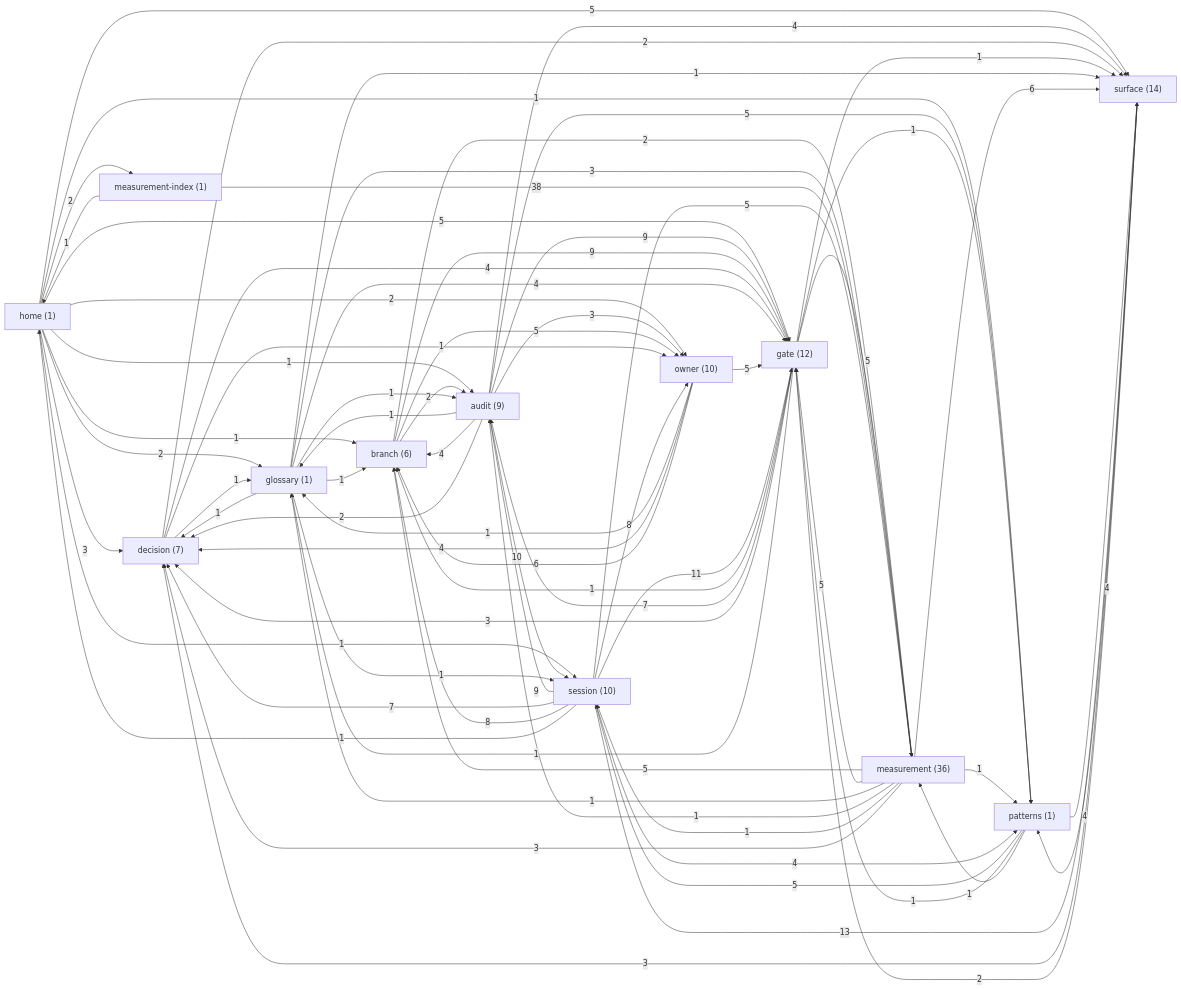
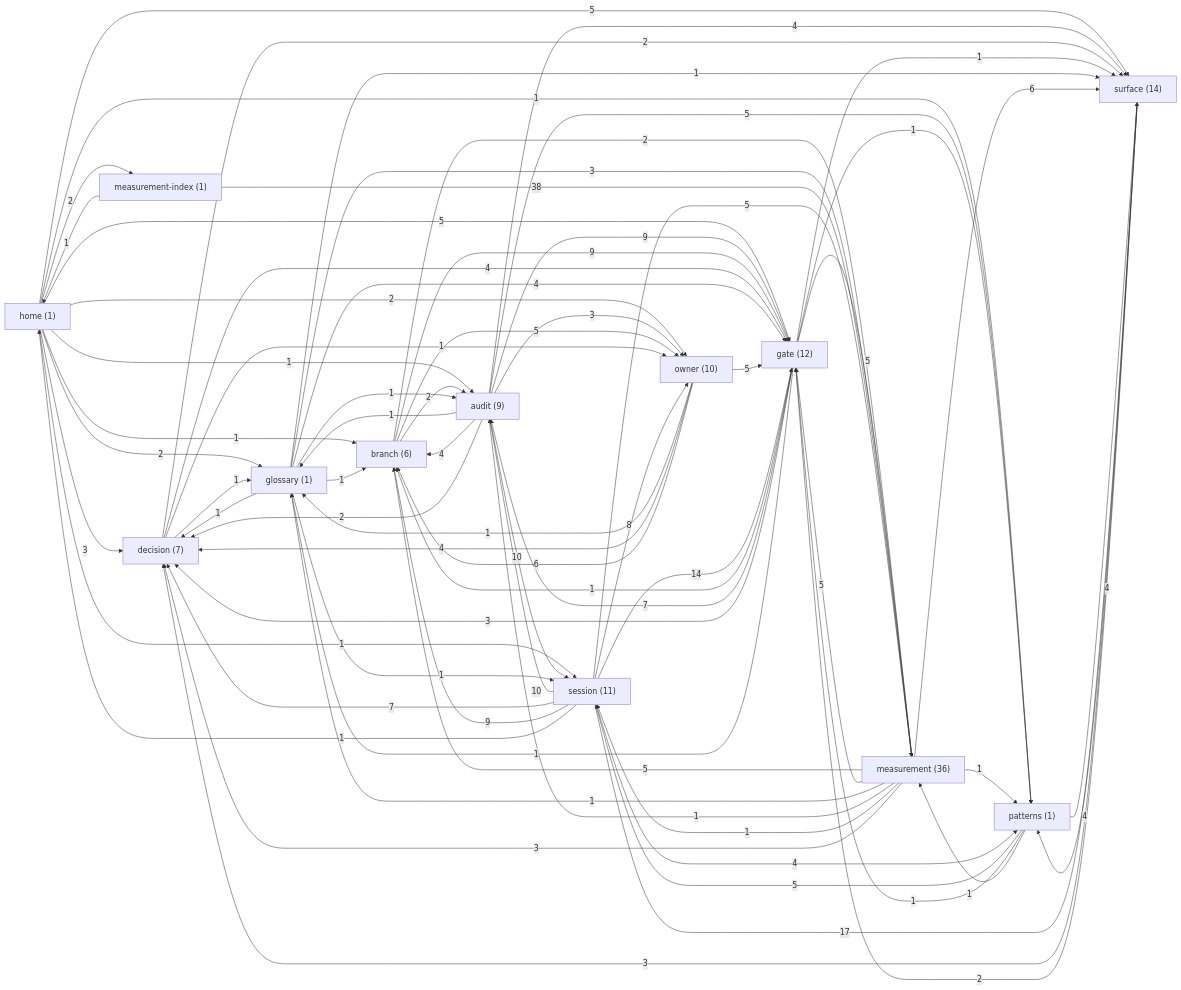
Before and after one commit to sergey9519546/STORYMACHINE: the diagram in docs/brain/GRAPH.md, drawn with Mermaid. The commit also changed other lines of this file and 4 other files, not shown here.

First line of the commit message:
docs(session): ninth session record — the adversarial review (six lanes landed, scoring READY-FOR-OWNER, p0-flow open); brain Session note; scoring lane report round 4 (4cf5b2f3)

```diff
--- a/docs/brain/GRAPH.md
+++ b/docs/brain/GRAPH.md
@@ -18,7 +18,7 @@
   measurement_index["measurement-index (1)"]
   owner["owner (10)"]
   patterns["patterns (1)"]
-  session["session (10)"]
+  session["session (11)"]
   surface["surface (14)"]
   home -->|3| decision
   home -->|2| glossary
@@ -78,12 +78,12 @@
   patterns -->|4| surface
   patterns -->|1| gate
   patterns -->|1| measurement
-  session -->|11| gate
-  session -->|9| audit
+  session -->|14| gate
+  session -->|10| audit
   session -->|5| measurement
   session -->|7| decision
-  session -->|13| surface
-  session -->|8| branch
+  session -->|17| surface
+  session -->|9| branch
   session -->|1| home
   session -->|4| patterns
   session -->|8| owner
```
